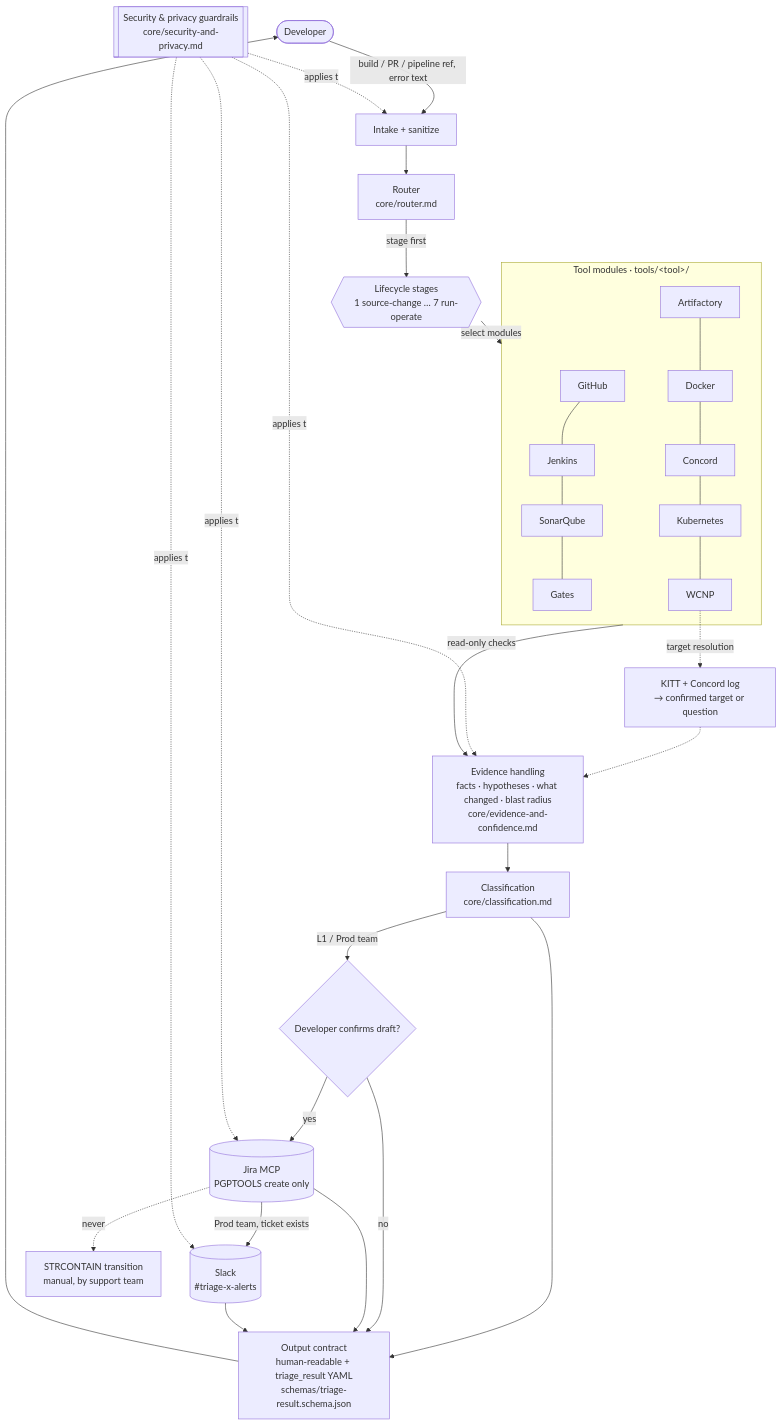
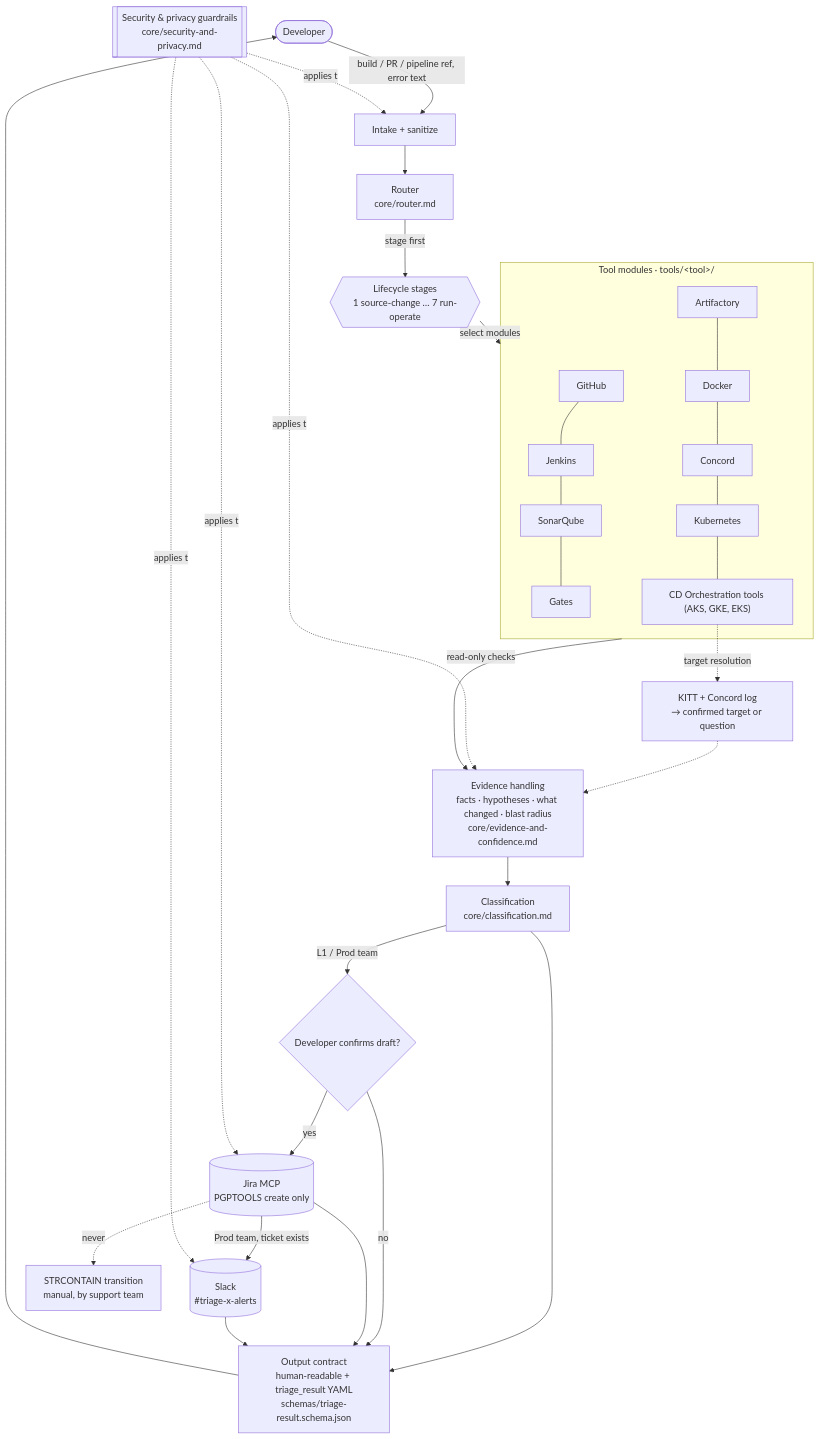
One commit to gunasekar89/triage-x changed the diagram in docs/architecture.md. Above: the diagram before and after it, drawn with Mermaid. The commit also changed 24 other files, not shown here.

First line of the commit message:
refactor: replace WCNP with CD Orchestration tools (AKS, GKE, EKS)

````diff
--- a/docs/architecture.md
+++ b/docs/architecture.md
@@ -5,28 +5,28 @@
 ```mermaid
 flowchart TB
   U([Developer]) -->|build / PR / pipeline ref, error text| IN[Intake + sanitize]
   IN --> R[Router<br/>core/router.md]
   R -->|stage first| ST{{Lifecycle stages<br/>1 source-change … 7 run-operate}}
   ST -->|select modules| TM
 
   subgraph TM[Tool modules · tools/&lt;tool&gt;/]
     GH[GitHub] --- JK[Jenkins] --- SQ[SonarQube] --- GT[Gates]
-    AF[Artifactory] --- DK[Docker] --- CC[Concord] --- KB[Kubernetes] --- WC[WCNP]
+    AF[Artifactory] --- DK[Docker] --- CC[Concord] --- KB[Kubernetes] --- WC["CD Orchestration tools (AKS, GKE, EKS)"]
   end
 
   TM -->|read-only checks| EV[Evidence handling<br/>facts · hypotheses · what changed · blast radius<br/>core/evidence-and-confidence.md]
   WC -.target resolution.-> TR[KITT + Concord log<br/>→ confirmed target or question]
   TR -.-> EV
   EV --> CL[Classification<br/>core/classification.md]
   CL --> OC[Output contract<br/>human-readable + triage_result YAML<br/>schemas/triage-result.schema.json]
   CL -->|L1 / Prod team| CF{Developer confirms draft?}
   CF -->|yes| JI[(Jira MCP<br/>PGPTOOLS create only)]
   JI -->|Prod team, ticket exists| SL[(Slack<br/>#triage-x-alerts)]
   CF -->|no| OC
   JI --> OC
   SL --> OC
   OC --> U
   JI -.never.-> X[STRCONTAIN transition<br/>manual, by support team]
 
   SEC[[Security & privacy guardrails<br/>core/security-and-privacy.md]] -.applies to.-> IN & EV & JI & SL
 ```
````
